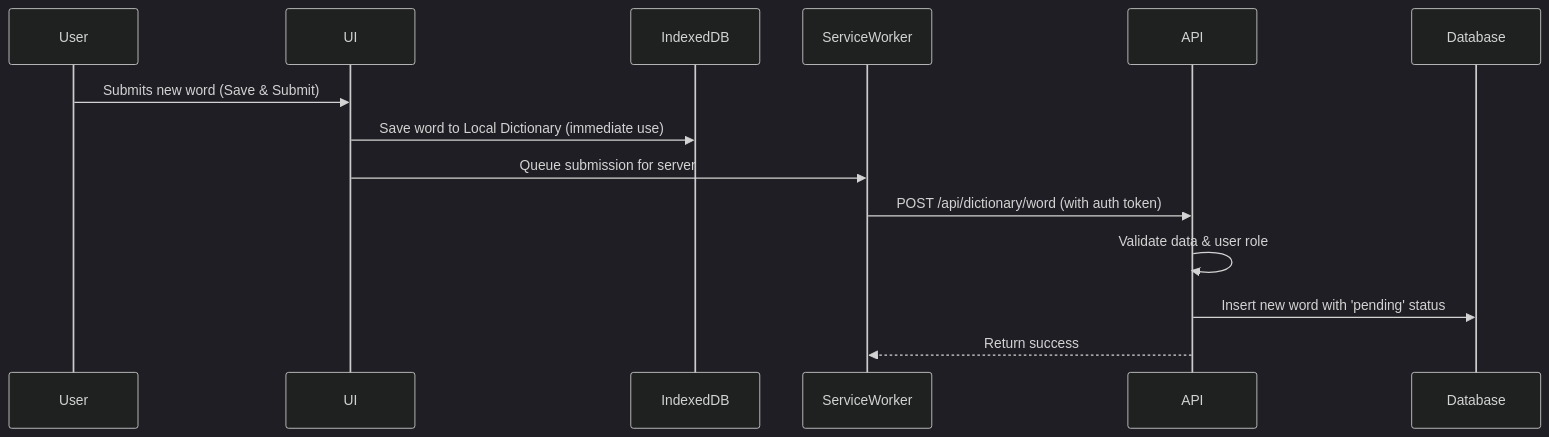
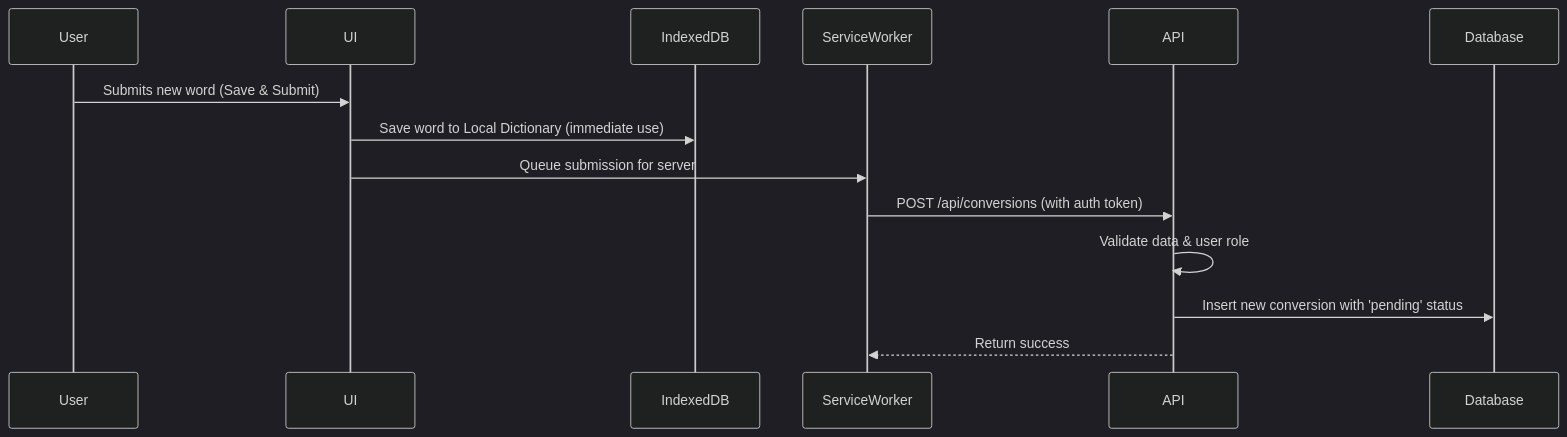
One commit to suragch/cyrillicconverter changed the third of 3 diagrams in .ai-context/01_TECHNICAL_SPEC.md. Above: the diagram before and after it, drawn with Mermaid (dark theme). The commit also changed other lines of this file and 8 other files, not shown here.

````diff
--- a/.ai-context/01_TECHNICAL_SPEC.md
+++ b/.ai-context/01_TECHNICAL_SPEC.md
@@ -81,16 +88,16 @@
 ```mermaid
 sequenceDiagram
     participant User
     participant UI
     participant IndexedDB
     participant ServiceWorker
     participant API
 
     User->>UI: Submits new word (Save & Submit)
     UI->>IndexedDB: Save word to Local Dictionary (immediate use)
     UI->>ServiceWorker: Queue submission for server
-    ServiceWorker->>API: POST /api/dictionary/word (with auth token)
+    ServiceWorker->>API: POST /api/conversions (with auth token)
     API->>API: Validate data & user role
-    API->>Database: Insert new word with 'pending' status
+    API->>Database: Insert new conversion with 'pending' status
     API-->>ServiceWorker: Return success
 ```
````
